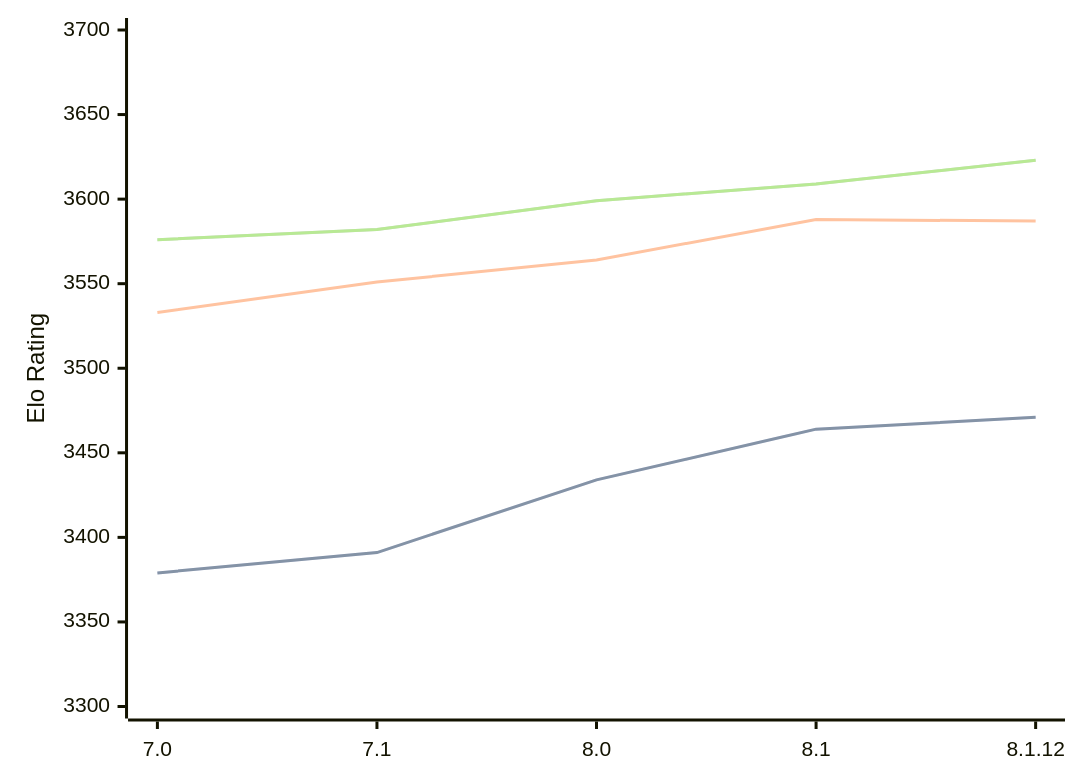
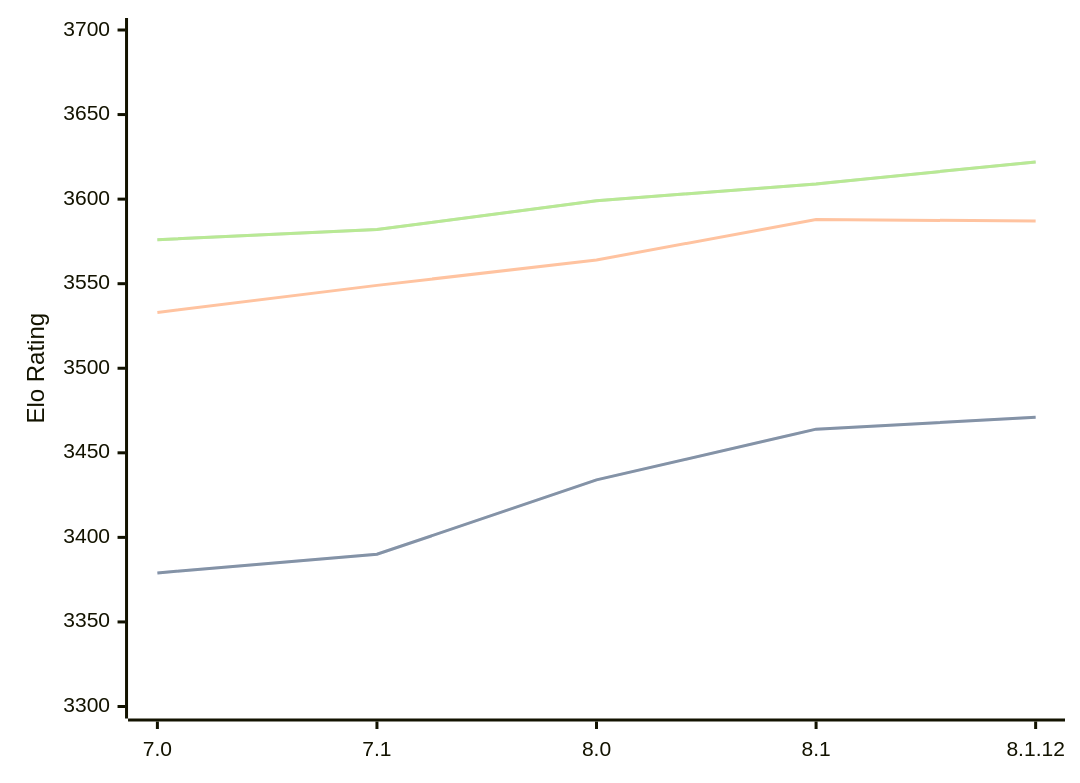
Before and after one commit to computer-chess-index/cci: the diagram in engines/Alexandria.md, drawn with Mermaid. The commit also changed other lines of this file, not shown here.

Commit message:
Update CCI Ratings (ELO VLTC) - 2026-02-27

````diff
--- a/engines/Alexandria.md
+++ b/engines/Alexandria.md
@@ -52,11 +52,11 @@
 ```mermaid
 %%{init: {"theme":"base","themeVariables":{"seriesColors:['#a3a3a3','#222221','#faa371']}}}%%
 xychart-beta
   x-axis ["7.0", "7.1", "8.0", "8.1", "8.1.12"]
   y-axis "Elo Rating" 3300 --> 3700
-  line "STC (8.0+0.08s)" [3379, 3391, 3434, 3464, 3471]
-  line "STC (8.0+0.08s)" [3379, 3391, 3434, 3464, 3471]
-  line "LTC (60.0+0.60s)" [3533, 3551, 3564, 3588, 3587]
-  line "VLTC (2m24s+1.12s)" [3576, 3582, 3599, 3609, 3623]
-  line "VLTC (2m24s+1.12s)" [3576, 3582, 3599, 3609, 3623]
+  line "STC (8.0+0.08s)" [3379, 3390, 3434, 3464, 3471]
+  line "STC (8.0+0.08s)" [3379, 3390, 3434, 3464, 3471]
+  line "LTC (60.0+0.60s)" [3533, 3549, 3564, 3588, 3587]
+  line "VLTC (2m24s+1.12s)" [3576, 3582, 3599, 3609, 3622]
+  line "VLTC (2m24s+1.12s)" [3576, 3582, 3599, 3609, 3622]
 ```
````
